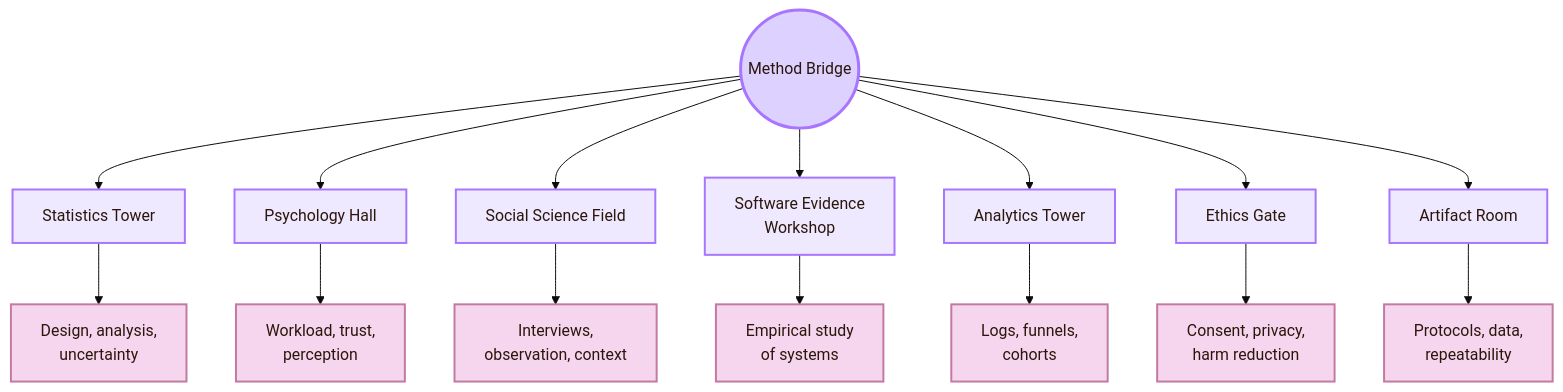
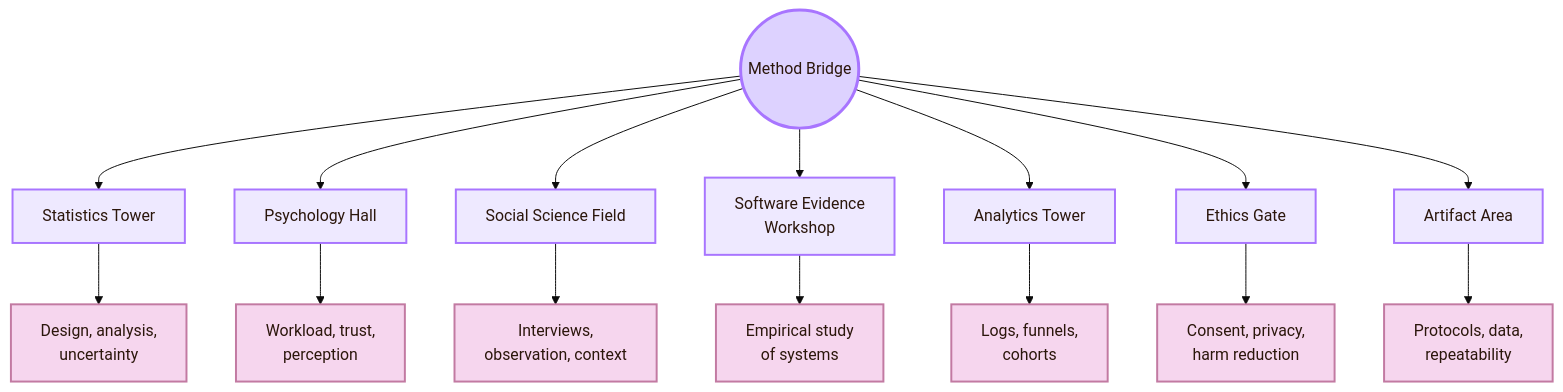
One commit to andreitegzes06-ui/CogniShire changed the first of 12 diagrams in 01_Core_Area_HCI/001_Subareas/03_Evaluating_the_Design/Connections.md. Above: the diagram before and after it, drawn with Mermaid (base theme). The commit also changed other lines of this file and 132 other files, not shown here.

````diff
--- a/01_Core_Area_HCI/001_Subareas/03_Evaluating_the_Design/Connections.md
+++ b/01_Core_Area_HCI/001_Subareas/03_Evaluating_the_Design/Connections.md
@@ -56,28 +33,28 @@
 ```mermaid
 flowchart TB
     A((Method Bridge))
 
     A --> B[Statistics Tower]
     A --> C[Psychology Hall]
     A --> D[Social Science Field]
     A --> E[Software Evidence<br/>Workshop]
     A --> F[Analytics Tower]
     A --> G[Ethics Gate]
-    A --> H[Artifact Room]
+    A --> H[Artifact Area]
 
     B --> B1[Design, analysis,<br/>uncertainty]
     C --> C1[Workload, trust,<br/>perception]
     D --> D1[Interviews,<br/>observation, context]
     E --> E1[Empirical study<br/>of systems]
     F --> F1[Logs, funnels,<br/>cohorts]
     G --> G1[Consent, privacy,<br/>harm reduction]
     H --> H1[Protocols, data,<br/>repeatability]
 
     classDef center fill:#ddd2ff,stroke:#a875ff,color:#2b160b,stroke-width:3px;
     classDef node fill:#eee9ff,stroke:#a875ff,color:#2b160b,stroke-width:2px;
     classDef detail fill:#f6d6ee,stroke:#c27aa2,color:#2b160b,stroke-width:2px;
 
     class A center;
     class B,C,D,E,F,G,H node;
     class B1,C1,D1,E1,F1,G1,H1 detail;
 ```
````
